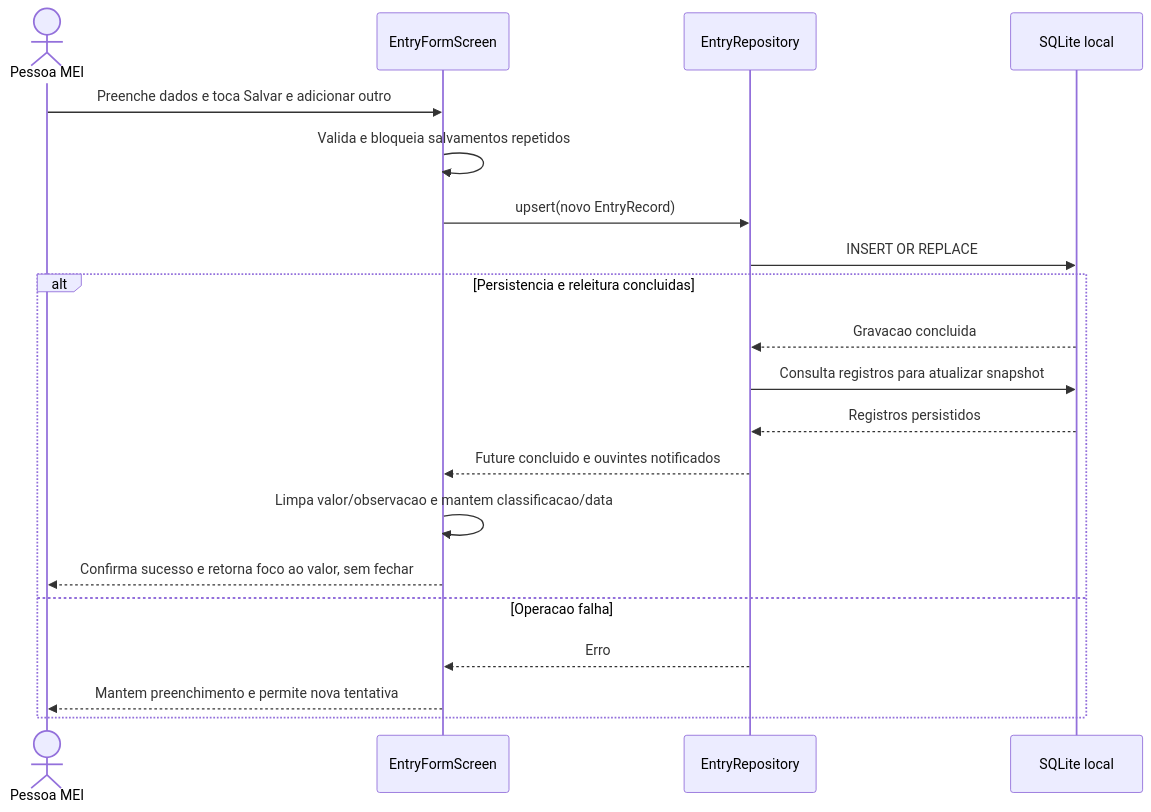
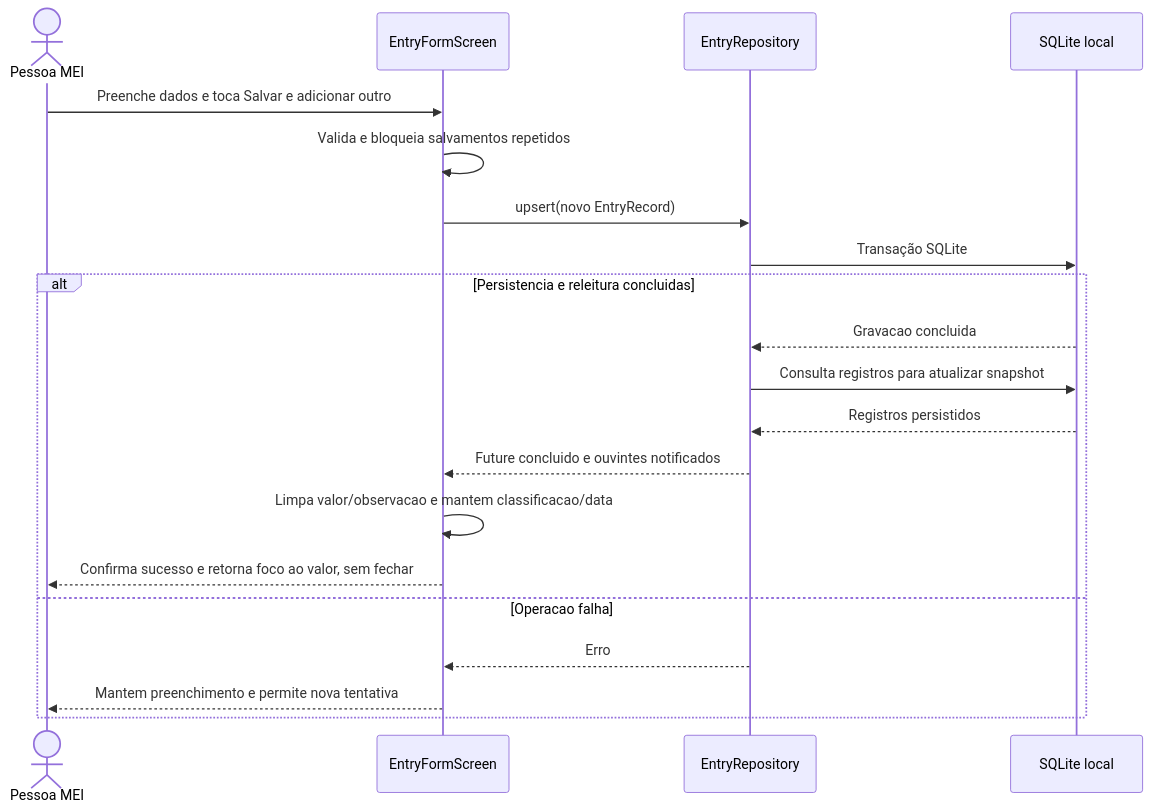
The fifth of 6 diagrams in docs/arquitetura/C4-NOTAMEI.md (Isaqueodev/NotaMei), drawn with Mermaid before and after one commit. The commit also changed other lines of this file and 3 other files, not shown here.

````diff
--- a/docs/arquitetura/C4-NOTAMEI.md
+++ b/docs/arquitetura/C4-NOTAMEI.md
@@ -221,22 +234,22 @@
 ```mermaid
 sequenceDiagram
   actor MEI as Pessoa MEI
   participant FORM as EntryFormScreen
   participant REPO as EntryRepository
   participant DB as SQLite local
   MEI->>FORM: Preenche dados e toca Salvar e adicionar outro
   FORM->>FORM: Valida e bloqueia salvamentos repetidos
   FORM->>REPO: upsert(novo EntryRecord)
-  REPO->>DB: INSERT OR REPLACE
+  REPO->>DB: Transação SQLite
   alt Persistencia e releitura concluidas
     DB-->>REPO: Gravacao concluida
     REPO->>DB: Consulta registros para atualizar snapshot
     DB-->>REPO: Registros persistidos
     REPO-->>FORM: Future concluido e ouvintes notificados
     FORM->>FORM: Limpa valor/observacao e mantem classificacao/data
     FORM-->>MEI: Confirma sucesso e retorna foco ao valor, sem fechar
   else Operacao falha
     REPO-->>FORM: Erro
     FORM-->>MEI: Mantem preenchimento e permite nova tentativa
   end
 ```
````
